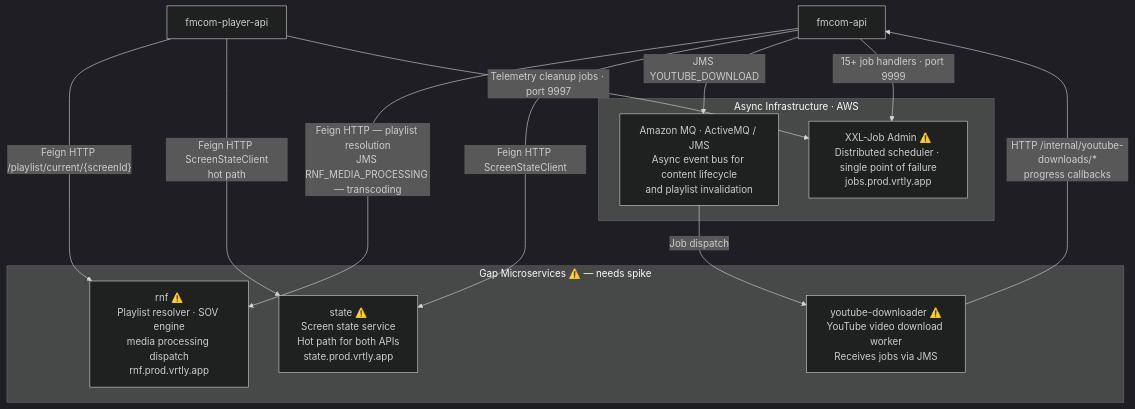
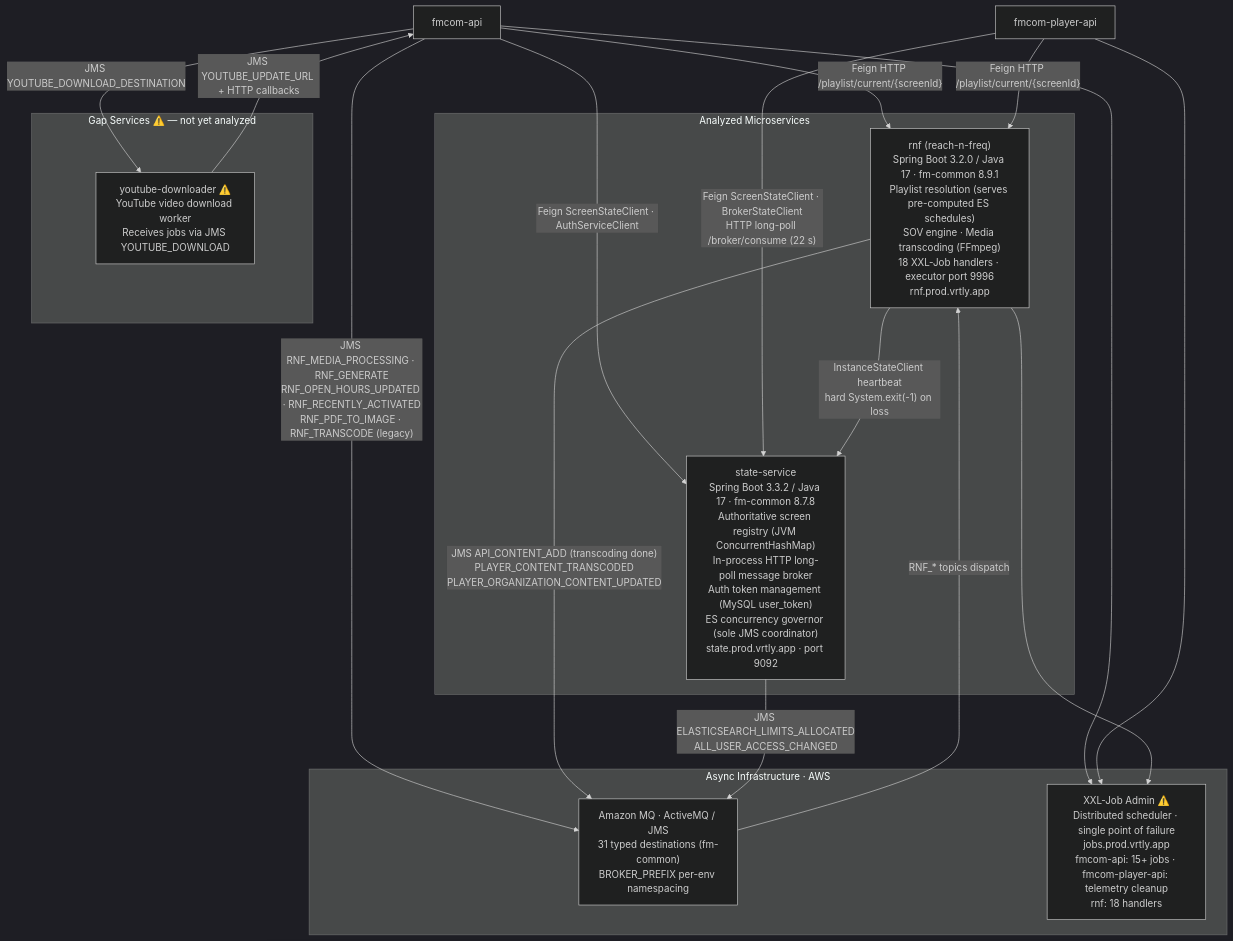
Before and after one commit to rafael-torre/vrtly-knowledge-base: the fourth of 5 diagrams in layers/layer-3-architecture/intermediate/system-overview-diagram.md, drawn with Mermaid (dark theme). The commit also changed other lines of this file and 6 other files, not shown here.

Commit message:
analyze 4 repos fm-common, rnf, component-library and state-service

````diff
--- a/layers/layer-3-architecture/intermediate/system-overview-diagram.md
+++ b/layers/layer-3-architecture/intermediate/system-overview-diagram.md
@@ -145,29 +153,37 @@
 ```mermaid
 flowchart TD
     FMComAPI["fmcom-api"]
     PlayerAPI["fmcom-player-api"]
 
     subgraph Async["Async Infrastructure · AWS"]
-        MQ["Amazon MQ · ActiveMQ / JMS\nAsync event bus for content lifecycle\nand playlist invalidation"]
-        XXL["XXL-Job Admin ⚠️\nDistributed scheduler · single point of failure\njobs.prod.vrtly.app"]
+        MQ["Amazon MQ · ActiveMQ / JMS\n31 typed destinations (fm-common)\nBROKER_PREFIX per-env namespacing"]
+        XXL["XXL-Job Admin ⚠️\nDistributed scheduler · single point of failure\njobs.prod.vrtly.app\nfmcom-api: 15+ jobs · fmcom-player-api: telemetry cleanup\nrnf: 18 handlers"]
     end
 
-    subgraph Gap["Gap Microservices ⚠️ — needs spike"]
-        RNF["rnf ⚠️\nPlaylist resolver · SOV engine\nmedia processing dispatch\nrnf.prod.vrtly.app"]
-        State["state ⚠️\nScreen state service\nHot path for both APIs\nstate.prod.vrtly.app"]
-        YTD["youtube-downloader ⚠️\nYouTube video download worker\nReceives jobs via JMS"]
+    subgraph Confirmed["Analyzed Microservices"]
+        RNF["rnf (reach-n-freq)\nSpring Boot 3.2.0 / Java 17 · fm-common 8.9.1\nPlaylist resolution (serves pre-computed ES schedules)\nSOV engine · Media transcoding (FFmpeg)\n18 XXL-Job handlers · executor port 9996\nrnf.prod.vrtly.app"]
+        State["state-service\nSpring Boot 3.3.2 / Java 17 · fm-common 8.7.8\nAuthoritative screen registry (JVM ConcurrentHashMap)\nIn-process HTTP long-poll message broker\nAuth token management (MySQL user_token)\nES concurrency governor (sole JMS coordinator)\nstate.prod.vrtly.app · port 9092"]
     end
 
-    FMComAPI -->|"Feign HTTP — playlist resolution\nJMS RNF_MEDIA_PROCESSING — transcoding"| RNF
+    subgraph Gap["Gap Services ⚠️ — not yet analyzed"]
+        YTD["youtube-downloader ⚠️\nYouTube video download worker\nReceives jobs via JMS YOUTUBE_DOWNLOAD"]
+    end
+
+    FMComAPI -->|"Feign HTTP /playlist/current/{screenId}"| RNF
     PlayerAPI -->|"Feign HTTP /playlist/current/{screenId}"| RNF
+    FMComAPI -->|"JMS RNF_MEDIA_PROCESSING · RNF_GENERATE\nRNF_OPEN_HOURS_UPDATED · RNF_RECENTLY_ACTIVATED\nRNF_PDF_TO_IMAGE · RNF_TRANSCODE (legacy)"| MQ
+    MQ -->|"RNF_* topics dispatch"| RNF
+    RNF -->|"JMS API_CONTENT_ADD (transcoding done)\nPLAYER_CONTENT_TRANSCODED\nPLAYER_ORGANIZATION_CONTENT_UPDATED"| MQ
 
-    FMComAPI -->|"Feign HTTP ScreenStateClient"| State
-    PlayerAPI -->|"Feign HTTP ScreenStateClient\nhot path"| State
+    FMComAPI -->|"Feign ScreenStateClient · AuthServiceClient"| State
+    PlayerAPI -->|"Feign ScreenStateClient · BrokerStateClient\nHTTP long-poll /broker/consume (22 s)"| State
+    RNF -->|"InstanceStateClient heartbeat\nhard System.exit(-1) on loss"| State
+    State -->|"JMS ELASTICSEARCH_LIMITS_ALLOCATED\nALL_USER_ACCESS_CHANGED"| MQ
 
-    FMComAPI -->|"JMS YOUTUBE_DOWNLOAD"| MQ
-    MQ -->|"Job dispatch"| YTD
-    YTD -->|"HTTP /internal/youtube-downloads/*\nprogress callbacks"| FMComAPI
+    FMComAPI -->|"JMS YOUTUBE_DOWNLOAD_DESTINATION"| YTD
+    YTD -->|"JMS YOUTUBE_UPDATE_URL + HTTP callbacks"| FMComAPI
 
-    FMComAPI -->|"15+ job handlers · port 9999"| XXL
-    PlayerAPI -->|"Telemetry cleanup jobs · port 9997"| XXL
+    FMComAPI --> XXL
+    PlayerAPI --> XXL
+    RNF --> XXL
 ```
````
